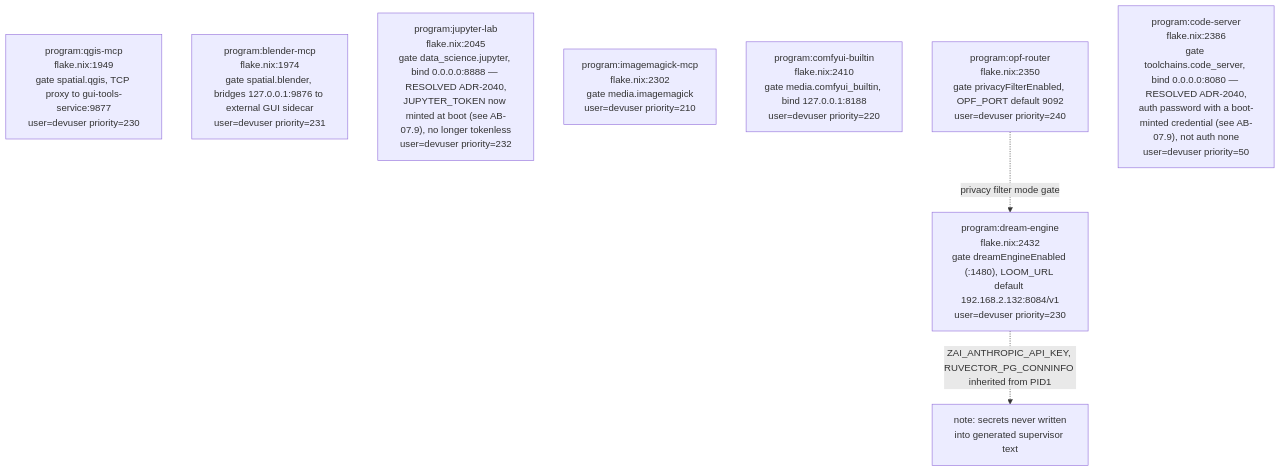
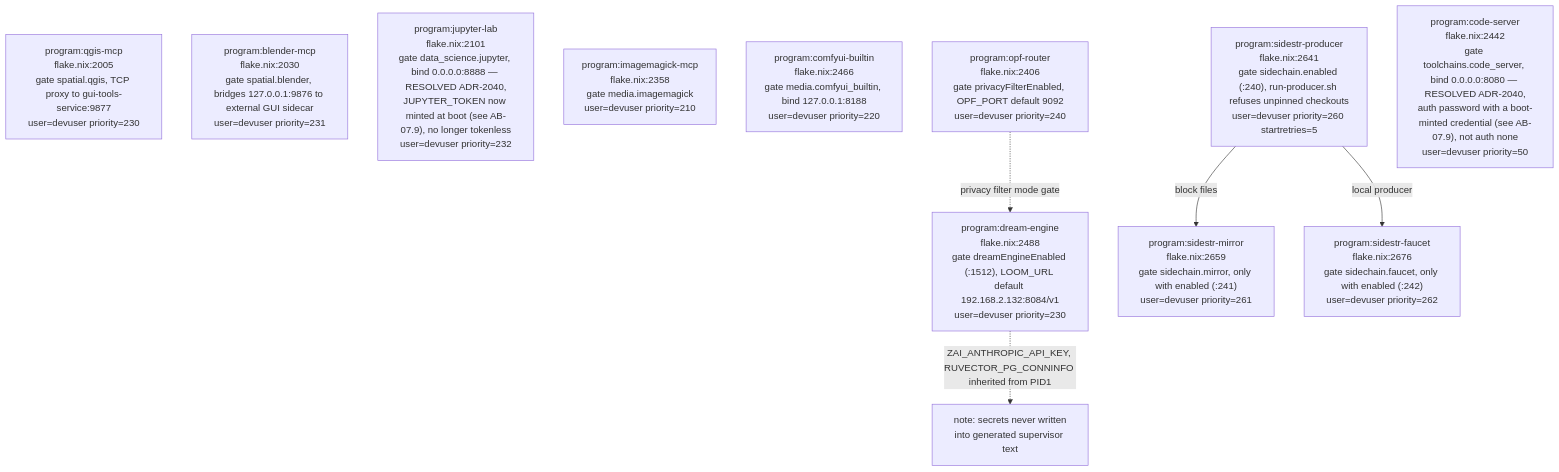
The fifth of 20 diagrams in docs/diagrams/agentbox/02-boot-sequence-and-readiness.md (DreamLab-AI/VisionFlow), drawn with Mermaid before and after one commit. The commit also changed other lines of this file and 94 other files, not shown here.

First line of the commit message:
docs(diagrams): re-verify 130 topics against 2 October HEADs

````diff
--- a/docs/diagrams/agentbox/02-boot-sequence-and-readiness.md
+++ b/docs/diagrams/agentbox/02-boot-sequence-and-readiness.md
@@ -227,14 +229,19 @@
 ```mermaid
 flowchart TB
-    QGIS["program:qgis-mcp<br/>flake.nix:1949<br/>gate spatial.qgis, TCP proxy to gui-tools-service:9877<br/>user=devuser priority=230"]
-    BLEND["program:blender-mcp<br/>flake.nix:1974<br/>gate spatial.blender, bridges 127.0.0.1:9876 to external GUI sidecar<br/>user=devuser priority=231"]
-    JLAB["program:jupyter-lab<br/>flake.nix:2045<br/>gate data_science.jupyter, bind 0.0.0.0:8888 — RESOLVED ADR-2040,<br/>JUPYTER_TOKEN now minted at boot (see AB-07.9), no longer tokenless<br/>user=devuser priority=232"]
-    IMGM["program:imagemagick-mcp<br/>flake.nix:2302<br/>gate media.imagemagick<br/>user=devuser priority=210"]
-    COMFY["program:comfyui-builtin<br/>flake.nix:2410<br/>gate media.comfyui_builtin, bind 127.0.0.1:8188<br/>user=devuser priority=220"]
-    OPF["program:opf-router<br/>flake.nix:2350<br/>gate privacyFilterEnabled, OPF_PORT default 9092<br/>user=devuser priority=240"]
-    DREAM["program:dream-engine<br/>flake.nix:2432<br/>gate dreamEngineEnabled (:1480), LOOM_URL default 192.168.2.132:8084/v1<br/>user=devuser priority=230"]
-    CODES["program:code-server<br/>flake.nix:2386<br/>gate toolchains.code_server, bind 0.0.0.0:8080 — RESOLVED ADR-2040,<br/>auth password with a boot-minted credential (see AB-07.9), not auth none<br/>user=devuser priority=50"]
+    QGIS["program:qgis-mcp<br/>flake.nix:2005<br/>gate spatial.qgis, TCP proxy to gui-tools-service:9877<br/>user=devuser priority=230"]
+    BLEND["program:blender-mcp<br/>flake.nix:2030<br/>gate spatial.blender, bridges 127.0.0.1:9876 to external GUI sidecar<br/>user=devuser priority=231"]
+    JLAB["program:jupyter-lab<br/>flake.nix:2101<br/>gate data_science.jupyter, bind 0.0.0.0:8888 — RESOLVED ADR-2040,<br/>JUPYTER_TOKEN now minted at boot (see AB-07.9), no longer tokenless<br/>user=devuser priority=232"]
+    IMGM["program:imagemagick-mcp<br/>flake.nix:2358<br/>gate media.imagemagick<br/>user=devuser priority=210"]
+    COMFY["program:comfyui-builtin<br/>flake.nix:2466<br/>gate media.comfyui_builtin, bind 127.0.0.1:8188<br/>user=devuser priority=220"]
+    OPF["program:opf-router<br/>flake.nix:2406<br/>gate privacyFilterEnabled, OPF_PORT default 9092<br/>user=devuser priority=240"]
+    DREAM["program:dream-engine<br/>flake.nix:2488<br/>gate dreamEngineEnabled (:1512), LOOM_URL default 192.168.2.132:8084/v1<br/>user=devuser priority=230"]
+    SIDEP["program:sidestr-producer<br/>flake.nix:2641<br/>gate sidechain.enabled (:240), run-producer.sh refuses unpinned checkouts<br/>user=devuser priority=260 startretries=5"]
+    SIDEM["program:sidestr-mirror<br/>flake.nix:2659<br/>gate sidechain.mirror, only with enabled (:241)<br/>user=devuser priority=261"]
+    SIDEF["program:sidestr-faucet<br/>flake.nix:2676<br/>gate sidechain.faucet, only with enabled (:242)<br/>user=devuser priority=262"]
+    CODES["program:code-server<br/>flake.nix:2442<br/>gate toolchains.code_server, bind 0.0.0.0:8080 — RESOLVED ADR-2040,<br/>auth password with a boot-minted credential (see AB-07.9), not auth none<br/>user=devuser priority=50"]
 
     OPF -.->|"privacy filter mode gate"| DREAM
+    SIDEP -->|"block files"| SIDEM
+    SIDEP -->|"local producer"| SIDEF
     DREAM -.->|"ZAI_ANTHROPIC_API_KEY, RUVECTOR_PG_CONNINFO inherited from PID1"| RVNOTE["note: secrets never written<br/>into generated supervisor text"]
 ```
````
